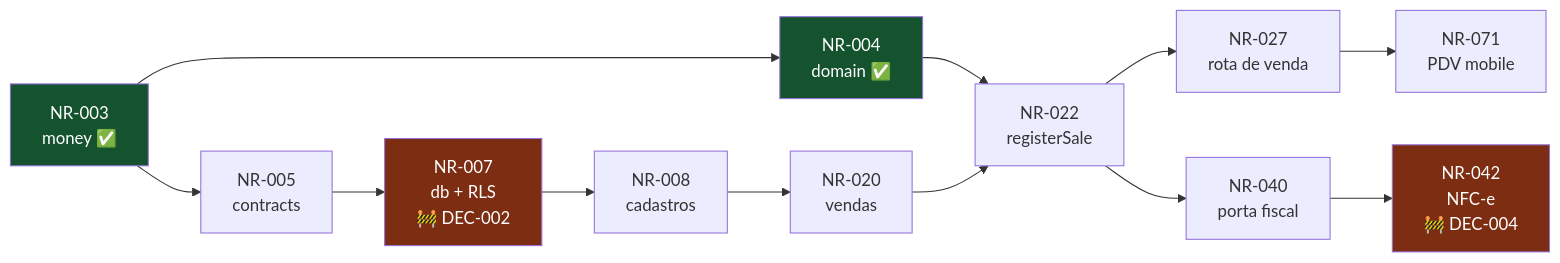
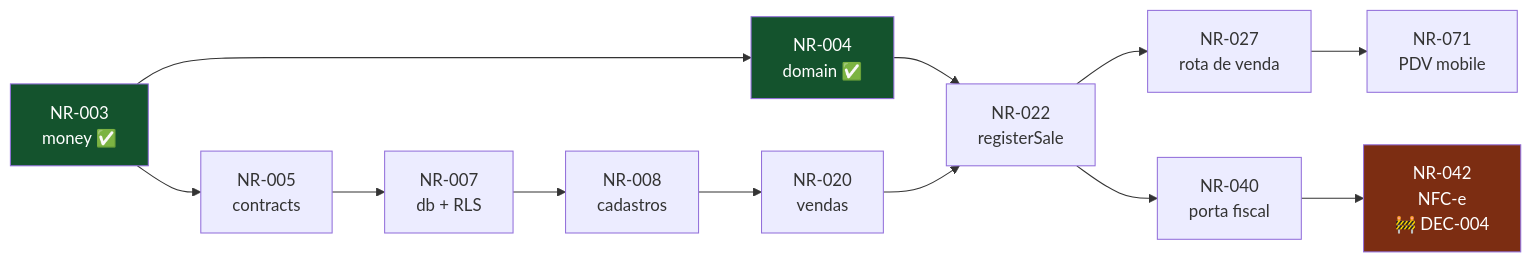
The diagram in docs/processo/task-ledger.md (glevi2004/na-regua), drawn with Mermaid before and after one commit. The commit also changed other lines of this file and 8 other files, not shown here.

````diff
--- a/docs/processo/task-ledger.md
+++ b/docs/processo/task-ledger.md
@@ -154,19 +154,18 @@
 ```mermaid
 flowchart LR
     N3["NR-003<br/>money ✅"] --> N4["NR-004<br/>domain ✅"]
     N3 --> N5["NR-005<br/>contracts"]
-    N5 --> N7["NR-007<br/>db + RLS<br/>🚧 DEC-002"]
+    N5 --> N7["NR-007<br/>db + RLS"]
     N7 --> N8["NR-008<br/>cadastros"]
     N8 --> N20["NR-020<br/>vendas"]
     N4 --> N22
     N20 --> N22["NR-022<br/>registerSale"]
     N22 --> N27["NR-027<br/>rota de venda"]
     N27 --> N71["NR-071<br/>PDV mobile"]
     N22 --> N40["NR-040<br/>porta fiscal"]
     N40 --> N42["NR-042<br/>NFC-e<br/>🚧 DEC-004"]
 
-    style N7 fill:#7c2d12,color:#fff
     style N42 fill:#7c2d12,color:#fff
     style N3 fill:#14532d,color:#fff
     style N4 fill:#14532d,color:#fff
 ```
````
